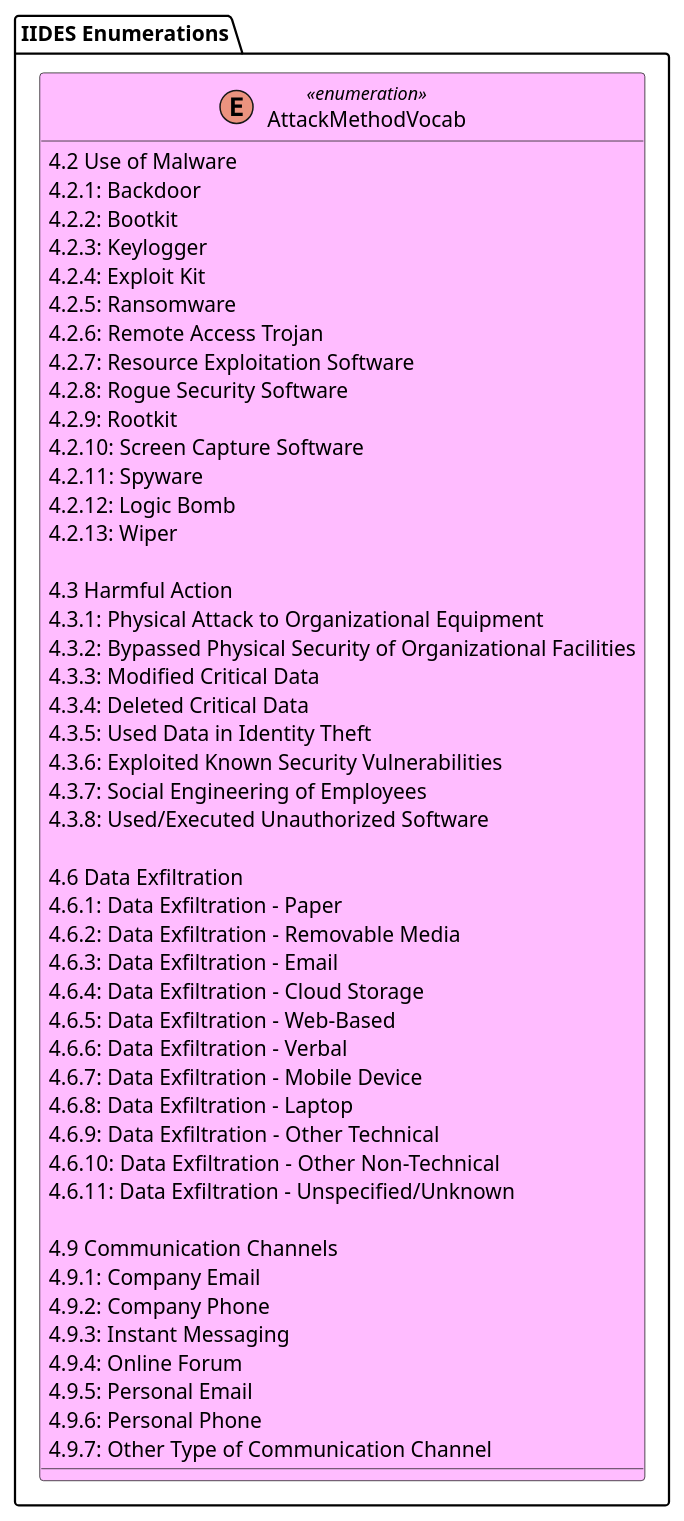
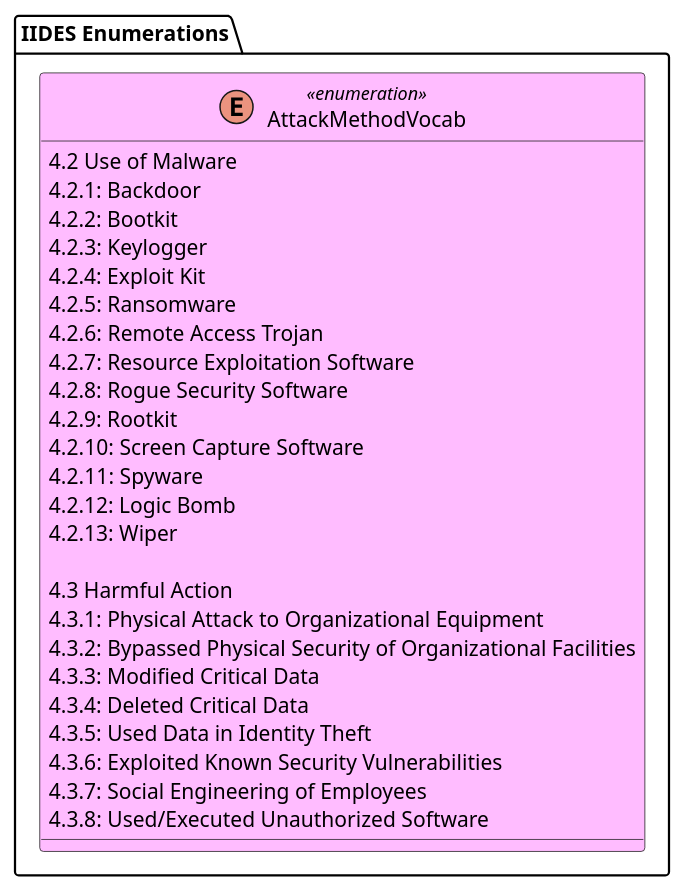
Before and after one commit to cmu-sei/iides: the diagram in UML/source/enumerations.wsd, drawn with PlantUML. The commit also changed 5 other files, not shown here.

```diff
--- a/UML/source/enumerations.wsd
+++ b/UML/source/enumerations.wsd
@@ -1,54 +1,32 @@
 @startuml IIDES_Enumerations
 package "IIDES Enumerations" #FFF {
 
     enum AttackMethodVocab <<enumeration>> #FFBCFF {
 
 4.2 Use of Malware
 4.2.1: Backdoor
 4.2.2: Bootkit
 4.2.3: Keylogger
 4.2.4: Exploit Kit
 4.2.5: Ransomware
 4.2.6: Remote Access Trojan
 4.2.7: Resource Exploitation Software
 4.2.8: Rogue Security Software
 4.2.9: Rootkit
 4.2.10: Screen Capture Software
 4.2.11: Spyware
 4.2.12: Logic Bomb
 4.2.13: Wiper
 
 4.3 Harmful Action
 4.3.1: Physical Attack to Organizational Equipment
 4.3.2: Bypassed Physical Security of Organizational Facilities
 4.3.3: Modified Critical Data
 4.3.4: Deleted Critical Data
 4.3.5: Used Data in Identity Theft
 4.3.6: Exploited Known Security Vulnerabilities
 4.3.7: Social Engineering of Employees
 4.3.8: Used/Executed Unauthorized Software
-
-4.6 Data Exfiltration
-4.6.1: Data Exfiltration - Paper
-4.6.2: Data Exfiltration - Removable Media
-4.6.3: Data Exfiltration - Email
-4.6.4: Data Exfiltration - Cloud Storage
-4.6.5: Data Exfiltration - Web-Based
-4.6.6: Data Exfiltration - Verbal
-4.6.7: Data Exfiltration - Mobile Device
-4.6.8: Data Exfiltration - Laptop
-4.6.9: Data Exfiltration - Other Technical
-4.6.10: Data Exfiltration - Other Non-Technical
-4.6.11: Data Exfiltration - Unspecified/Unknown
-
-4.9 Communication Channels
-4.9.1: Company Email
-4.9.2: Company Phone
-4.9.3: Instant Messaging
-4.9.4: Online Forum
-4.9.5: Personal Email
-4.9.6: Personal Phone
-4.9.7: Other Type of Communication Channel
     }
 }
 @enduml
```
